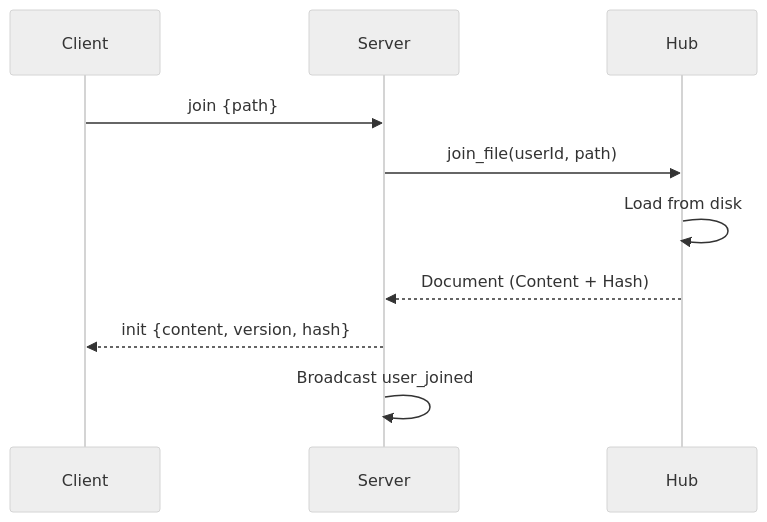
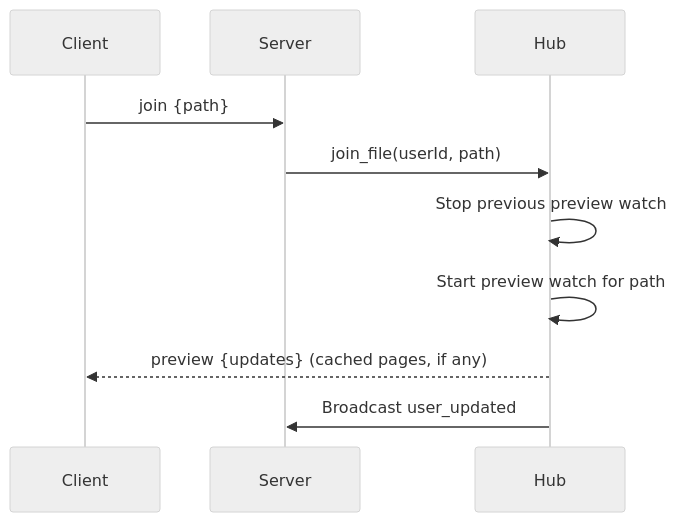
One commit to sihooleebd/noteworthy changed the fifth of 5 diagrams in docs/architecture/gui-stack.md. Above: the diagram before and after it, drawn with Mermaid (neutral theme). The commit also changed other lines of this file and 11 other files, not shown here.

````diff
--- a/docs/architecture/gui-stack.md
+++ b/docs/architecture/gui-stack.md
@@ -312,13 +363,13 @@
 ```mermaid
 sequenceDiagram
     participant Client
     participant Server
     participant Hub
 
     Client->>Server: join {path}
     Server->>Hub: join_file(userId, path)
-    Hub->>Hub: Load from disk
-    Hub-->>Server: Document (Content + Hash)
-    Server-->>Client: init {content, version, hash}
-    Server->>Server: Broadcast user_joined
+    Hub->>Hub: Stop previous preview watch
+    Hub->>Hub: Start preview watch for path
+    Hub-->>Client: preview {updates} (cached pages, if any)
+    Hub->>Server: Broadcast user_updated
 ```
````
